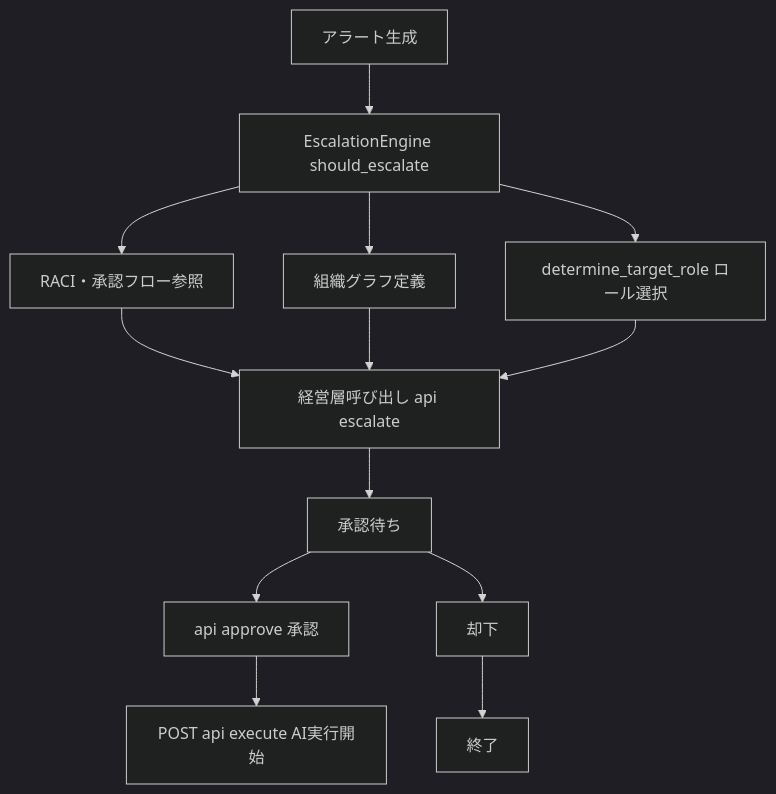
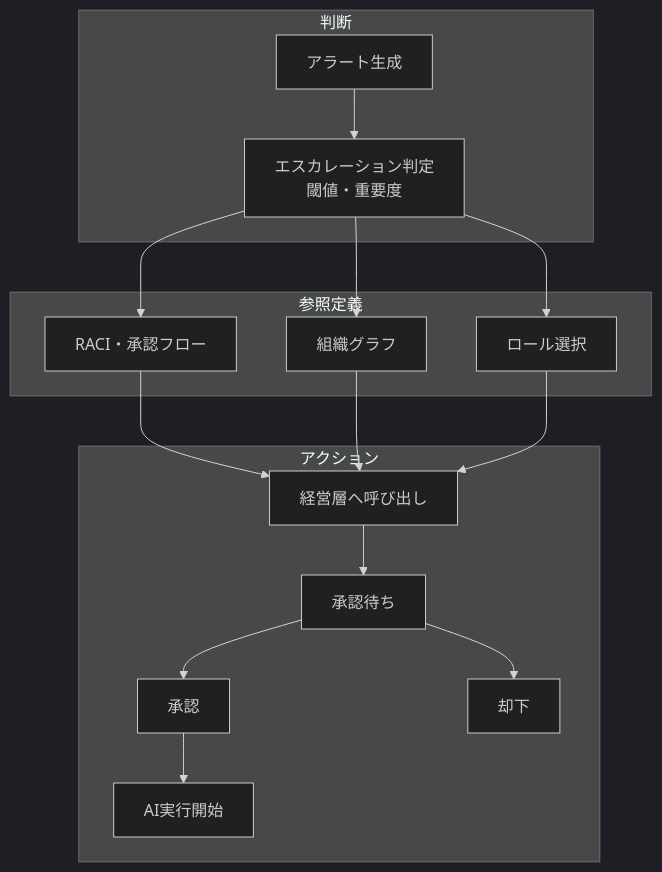
The fourth of 7 diagrams in docs/ZENN記事_v04.md (killertcell428/Helm), drawn with Mermaid (dark theme) before and after one commit. The commit also changed other lines of this file and 12 other files, not shown here.

````diff
--- a/docs/ZENN記事_v04.md
+++ b/docs/ZENN記事_v04.md
@@ -270,15 +294,31 @@
 ```mermaid
 flowchart TD
-    A[アラート生成] --> B["EscalationEngine should_escalate"]
-    B --> C["RACI・承認フロー参照"]
-    B --> D["組織グラフ定義"]
-    B --> E["determine_target_role ロール選択"]
-    C --> F["経営層呼び出し api escalate"]
+    subgraph JUDGE["判断"]
+        A[アラート生成]
+        B[エスカレーション判定<br/>閾値・重要度]
+    end
+
+    subgraph REF["参照定義"]
+        C[RACI・承認フロー]
+        D[組織グラフ]
+        E[ロール選択]
+    end
+
+    subgraph ACTION["アクション"]
+        F[経営層へ呼び出し]
+        G[承認待ち]
+        H[承認]
+        I[却下]
+        J[AI実行開始]
+    end
+
+    A --> B
+    B --> C & D & E
+    C --> F
     D --> F
     E --> F
-    F --> G[承認待ち]
-    G --> H["api approve 承認"]
-    G --> I[却下]
-    H --> J["POST api execute AI実行開始"]
-    I --> K[終了]
+    F --> G
+    G --> H
+    G --> I
+    H --> J
 ```
````
